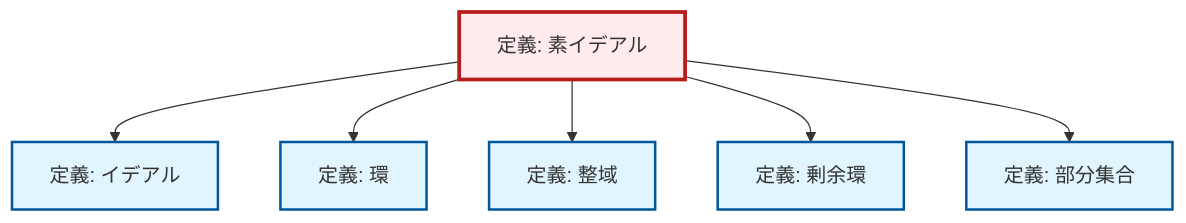
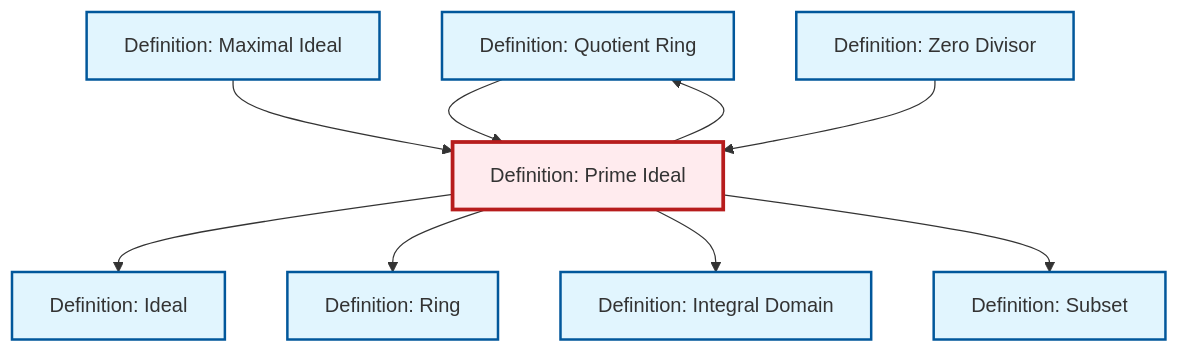
One commit to RK0429/ModernMath changed the diagram in content/ja/algebra/def-prime-ideal.qmd. Above: the diagram before and after it, drawn with Mermaid. The commit also changed other lines of this file and 654 other files, not shown here.

First line of the commit message:
fix: Update cross-references to equivalence relation in quotient ring definitions

````diff
--- a/content/ja/algebra/def-prime-ideal.qmd
+++ b/content/ja/algebra/def-prime-ideal.qmd
@@ -86,26 +86,33 @@
 ```{mermaid}
 %%| fig-cap: "Local dependency graph"
 graph TD
     classDef definition fill:#e1f5fe,stroke:#01579b,stroke-width:2px
     classDef theorem fill:#f3e5f5,stroke:#4a148c,stroke-width:2px
     classDef axiom fill:#fff3e0,stroke:#e65100,stroke-width:2px
     classDef example fill:#e8f5e9,stroke:#1b5e20,stroke-width:2px
     classDef current fill:#ffebee,stroke:#b71c1c,stroke-width:3px
-    def-prime-ideal["定義: 素イデアル"]:::definition
-    def-ideal["定義: イデアル"]:::definition
-    def-ring["定義: 環"]:::definition
-    def-integral-domain["定義: 整域"]:::definition
-    def-quotient-ring["定義: 剰余環"]:::definition
-    def-subset["定義: 部分集合"]:::definition
+    def-quotient-ring["Definition: Quotient Ring"]:::definition
+    def-maximal-ideal["Definition: Maximal Ideal"]:::definition
+    def-prime-ideal["Definition: Prime Ideal"]:::definition
+    def-ring["Definition: Ring"]:::definition
+    def-subset["Definition: Subset"]:::definition
+    def-ideal["Definition: Ideal"]:::definition
+    def-zero-divisor["Definition: Zero Divisor"]:::definition
+    def-integral-domain["Definition: Integral Domain"]:::definition
     def-prime-ideal --> def-ideal
     def-prime-ideal --> def-ring
+    def-quotient-ring --> def-prime-ideal
+    def-maximal-ideal --> def-prime-ideal
     def-prime-ideal --> def-integral-domain
+    def-zero-divisor --> def-prime-ideal
     def-prime-ideal --> def-quotient-ring
     def-prime-ideal --> def-subset
     class def-prime-ideal current
-    click def-ideal "def-ideal.html" "Go to Ideal definition"
-    click def-ring "def-ring.html" "Go to Ring definition"
-    click def-integral-domain "def-integral-domain.html" "Go to Integral Domain definition"
-    click def-quotient-ring "def-quotient-ring.html" "Go to Quotient Ring definition"
-    click def-subset "def-subset.html" "Go to Subset definition"
+    click def-quotient-ring "def-quotient-ring.html" "Definition: Quotient Ringへ"
+    click def-maximal-ideal "def-maximal-ideal.html" "Definition: Maximal Idealへ"
+    click def-ring "def-ring.html" "Definition: Ringへ"
+    click def-subset "def-subset.html" "Definition: Subsetへ"
+    click def-ideal "def-ideal.html" "Definition: Idealへ"
+    click def-zero-divisor "def-zero-divisor.html" "Definition: Zero Divisorへ"
+    click def-integral-domain "def-integral-domain.html" "Definition: Integral Domainへ"
 ```
````
